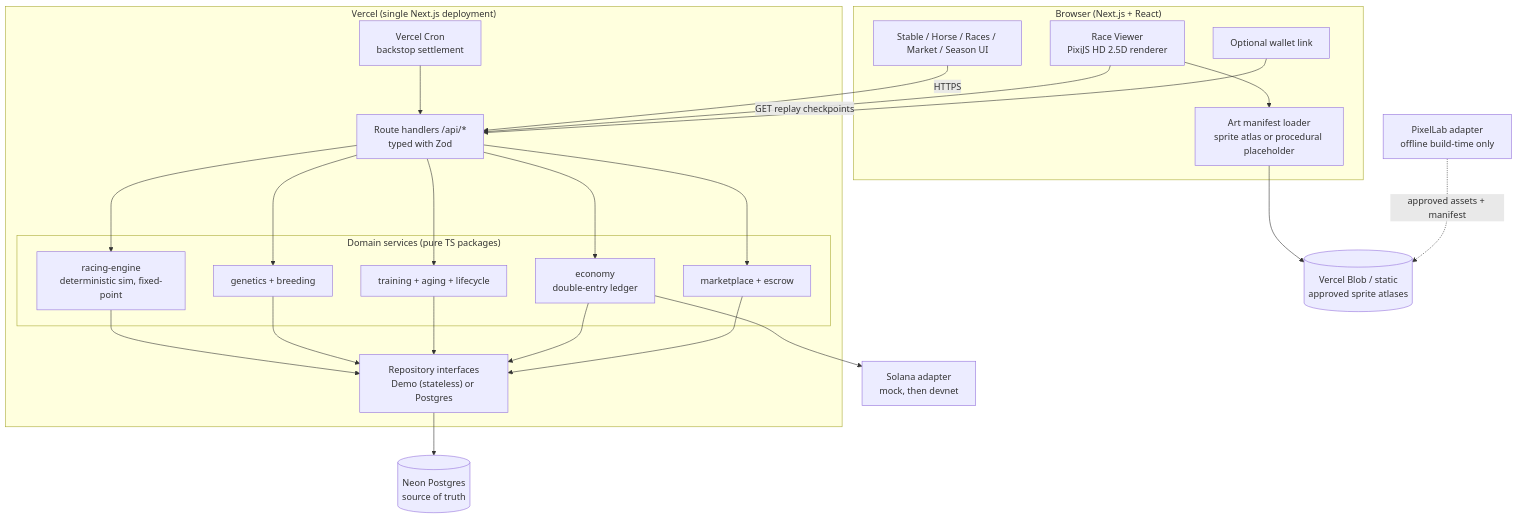
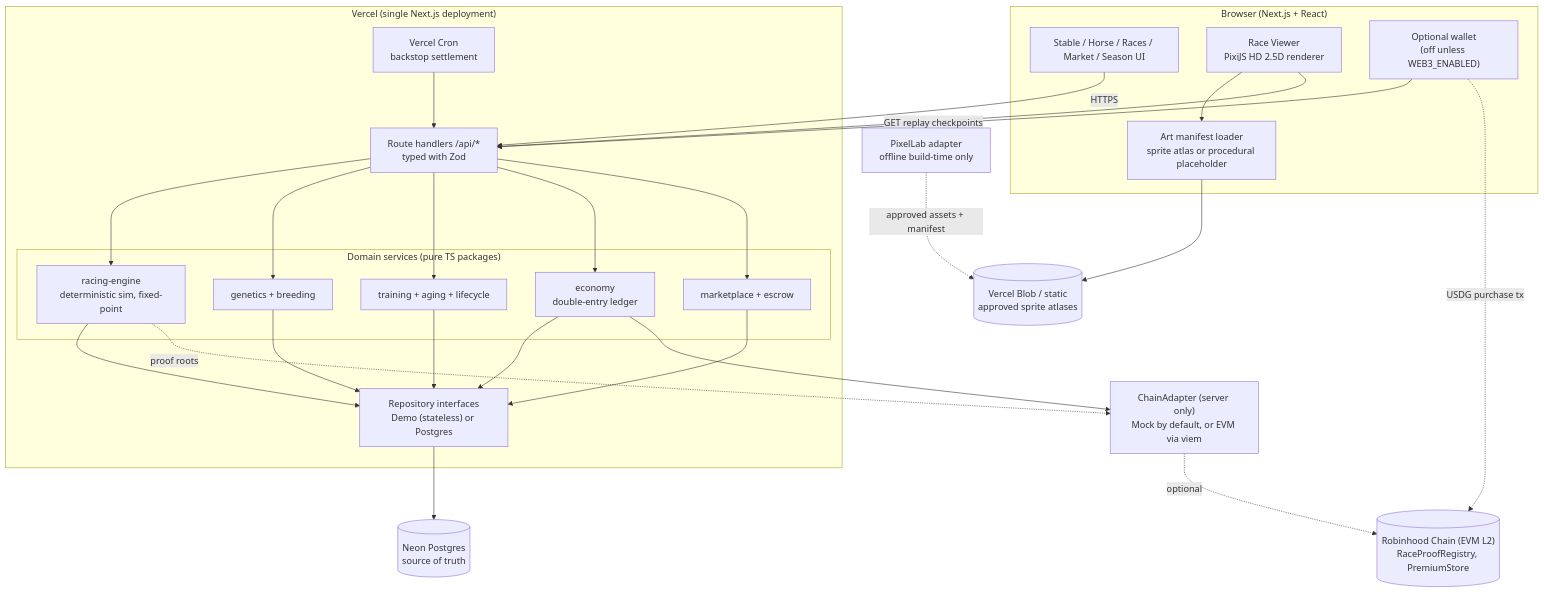
Before and after one commit to stephenclawdbot-png/ranch-game: the first of 7 diagrams in docs/architecture.md, drawn with Mermaid. The commit also changed other lines of this file and 7 other files, not shown here.

First line of the commit message:
Web3: Robinhood Chain research (docs/web3.md), Claude skills, architecture/roadmap updates

````diff
--- a/docs/architecture.md
+++ b/docs/architecture.md
@@ -8,39 +8,43 @@
 ```mermaid
 flowchart TB
   subgraph Client["Browser (Next.js + React)"]
     UI[Stable / Horse / Races / Market / Season UI]
     RV["Race Viewer<br/>PixiJS HD 2.5D renderer"]
     ART["Art manifest loader<br/>sprite atlas or procedural placeholder"]
-    WAL[Optional wallet link]
+    WAL["Optional wallet<br/>(off unless WEB3_ENABLED)"]
     RV --> ART
   end
 
   subgraph Vercel["Vercel (single Next.js deployment)"]
     API["Route handlers /api/*<br/>typed with Zod"]
     CRON["Vercel Cron<br/>backstop settlement"]
     subgraph Domain["Domain services (pure TS packages)"]
       ENG["racing-engine<br/>deterministic sim, fixed-point"]
       GEN[genetics + breeding]
       TRN[training + aging + lifecycle]
       ECO["economy<br/>double-entry ledger"]
       MKT[marketplace + escrow]
     end
     REPO["Repository interfaces<br/>Demo (stateless) or Postgres"]
   end
 
   DB[("Neon Postgres<br/>source of truth")]
   BLOB[("Vercel Blob / static<br/>approved sprite atlases")]
-  SOL["Solana adapter<br/>mock, then devnet"]
+  CHAIN["ChainAdapter (server only)<br/>Mock by default, or EVM via viem"]
+  RH[("Robinhood Chain (EVM L2)<br/>RaceProofRegistry, PremiumStore")]
   PXL["PixelLab adapter<br/>offline build-time only"]
 
   UI -->|HTTPS| API
   RV -->|GET replay checkpoints| API
   ART --> BLOB
   WAL --> API
   API --> ENG & GEN & TRN & ECO & MKT
   CRON --> API
   ENG & GEN & TRN & ECO & MKT --> REPO
   REPO --> DB
-  ECO --> SOL
+  ECO --> CHAIN
+  ENG -.->|proof roots| CHAIN
+  CHAIN -.->|optional| RH
+  WAL -.->|USDG purchase tx| RH
   PXL -.->|approved assets + manifest| BLOB
 ```
````
